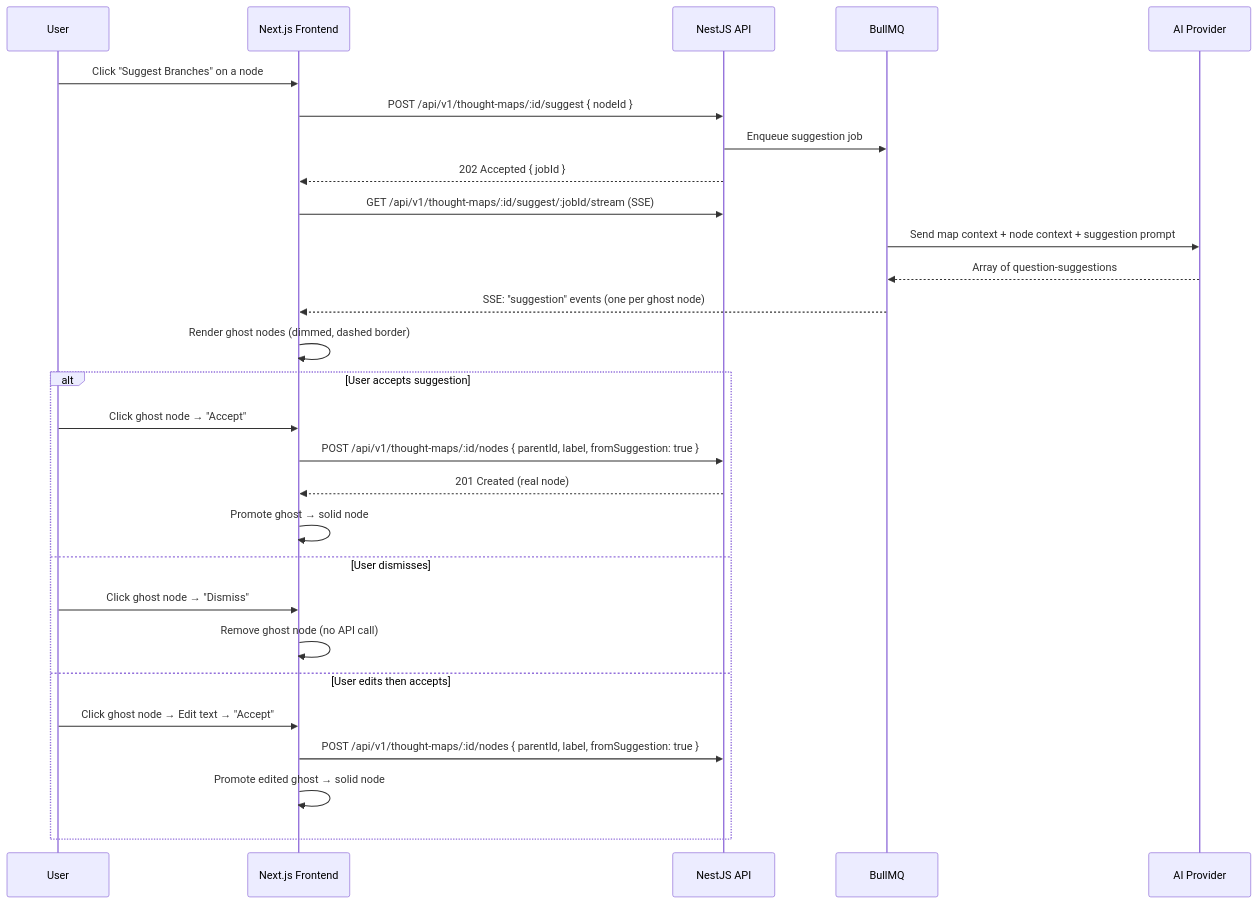
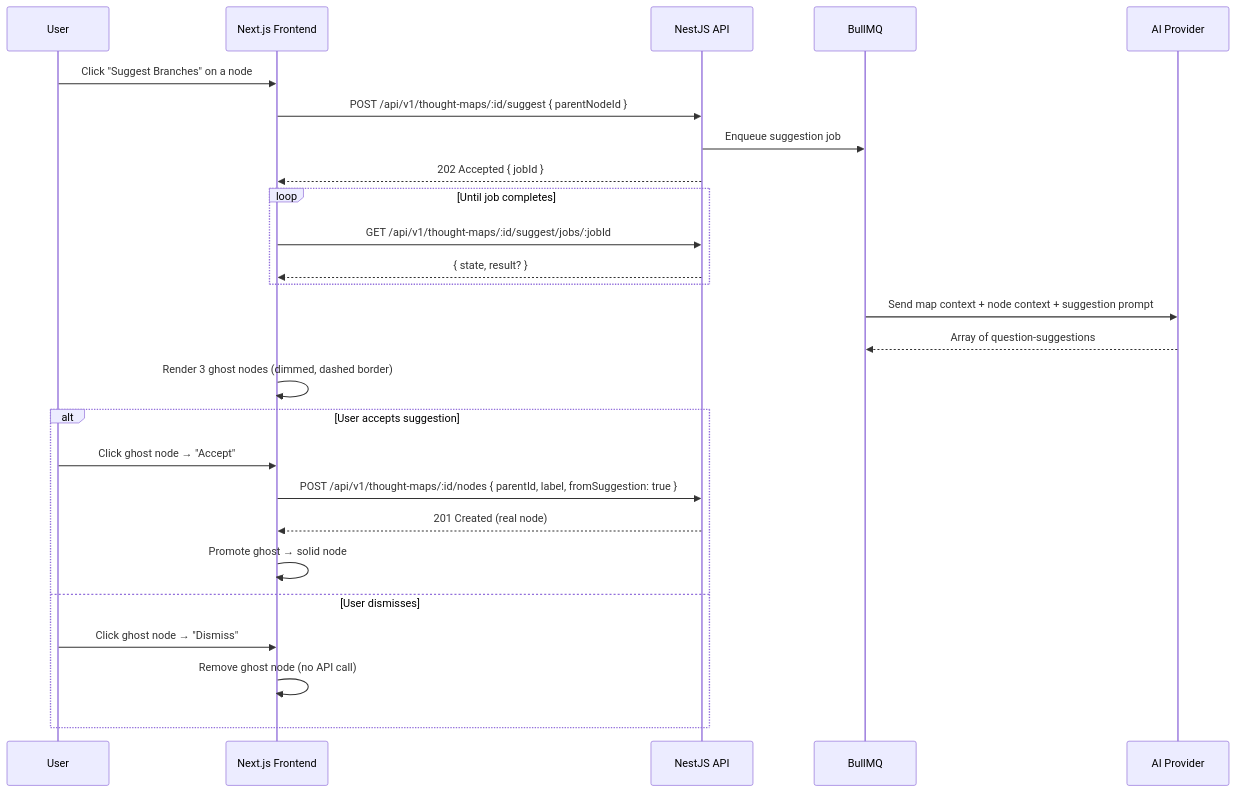
Before and after one commit to shettydev/mukti: the fifth of 8 diagrams in docs/rfcs/active/rfc-0003-thought-map/index.md, drawn with Mermaid. The commit also changed other lines of this file, not shown here.

````diff
--- a/docs/rfcs/active/rfc-0003-thought-map/index.md
+++ b/docs/rfcs/active/rfc-0003-thought-map/index.md
@@ -241,34 +246,33 @@
 ```mermaid
 sequenceDiagram
     participant User
     participant Web as Next.js Frontend
     participant API as NestJS API
     participant Queue as BullMQ
     participant AI as AI Provider
 
     User->>Web: Click "Suggest Branches" on a node
-    Web->>API: POST /api/v1/thought-maps/:id/suggest { nodeId }
+    Web->>API: POST /api/v1/thought-maps/:id/suggest { parentNodeId }
     API->>Queue: Enqueue suggestion job
     API-->>Web: 202 Accepted { jobId }
-    Web->>API: GET /api/v1/thought-maps/:id/suggest/:jobId/stream (SSE)
+
+    loop Until job completes
+        Web->>API: GET /api/v1/thought-maps/:id/suggest/jobs/:jobId
+        API-->>Web: { state, result? }
+    end
 
     Queue->>AI: Send map context + node context + suggestion prompt
     AI-->>Queue: Array of question-suggestions
 
-    Queue-->>Web: SSE: "suggestion" events (one per ghost node)
-    Web->>Web: Render ghost nodes (dimmed, dashed border)
+    Web->>Web: Render 3 ghost nodes (dimmed, dashed border)
 
     alt User accepts suggestion
         User->>Web: Click ghost node → "Accept"
         Web->>API: POST /api/v1/thought-maps/:id/nodes { parentId, label, fromSuggestion: true }
         API-->>Web: 201 Created (real node)
         Web->>Web: Promote ghost → solid node
     else User dismisses
         User->>Web: Click ghost node → "Dismiss"
         Web->>Web: Remove ghost node (no API call)
-    else User edits then accepts
-        User->>Web: Click ghost node → Edit text → "Accept"
-        Web->>API: POST /api/v1/thought-maps/:id/nodes { parentId, label, fromSuggestion: true }
-        Web->>Web: Promote edited ghost → solid node
     end
 ```
````
